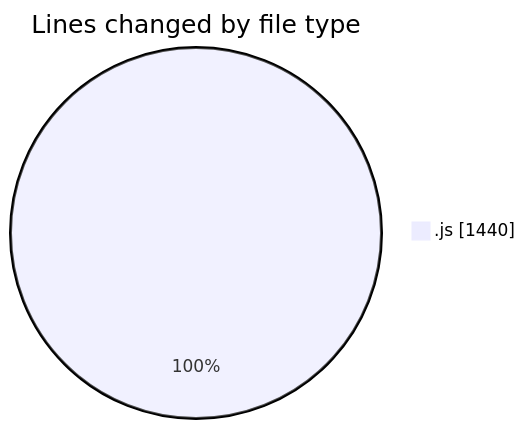
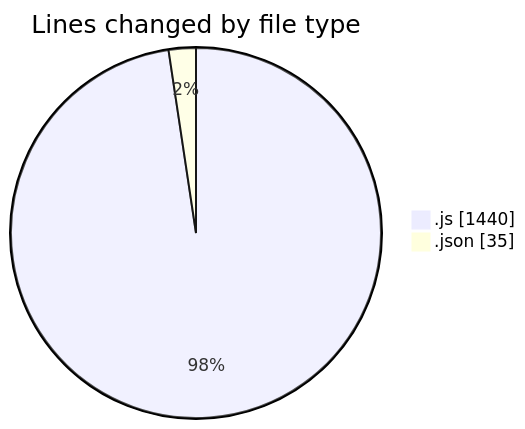
One commit to becaeroporto-bot/code-tracking changed the first of 2 diagrams in 2026-02-20/bot_i_a/README.md. Above: the diagram before and after it, drawn with Mermaid. The commit also changed other lines of this file and 1 other file, not shown here.

````diff
--- a/2026-02-20/bot_i_a/README.md
+++ b/2026-02-20/bot_i_a/README.md
@@ -31,5 +32,6 @@
 ```mermaid
 pie showData
 title Lines changed by file type
 ".js" : 1440
+".json" : 35
 ```
````
